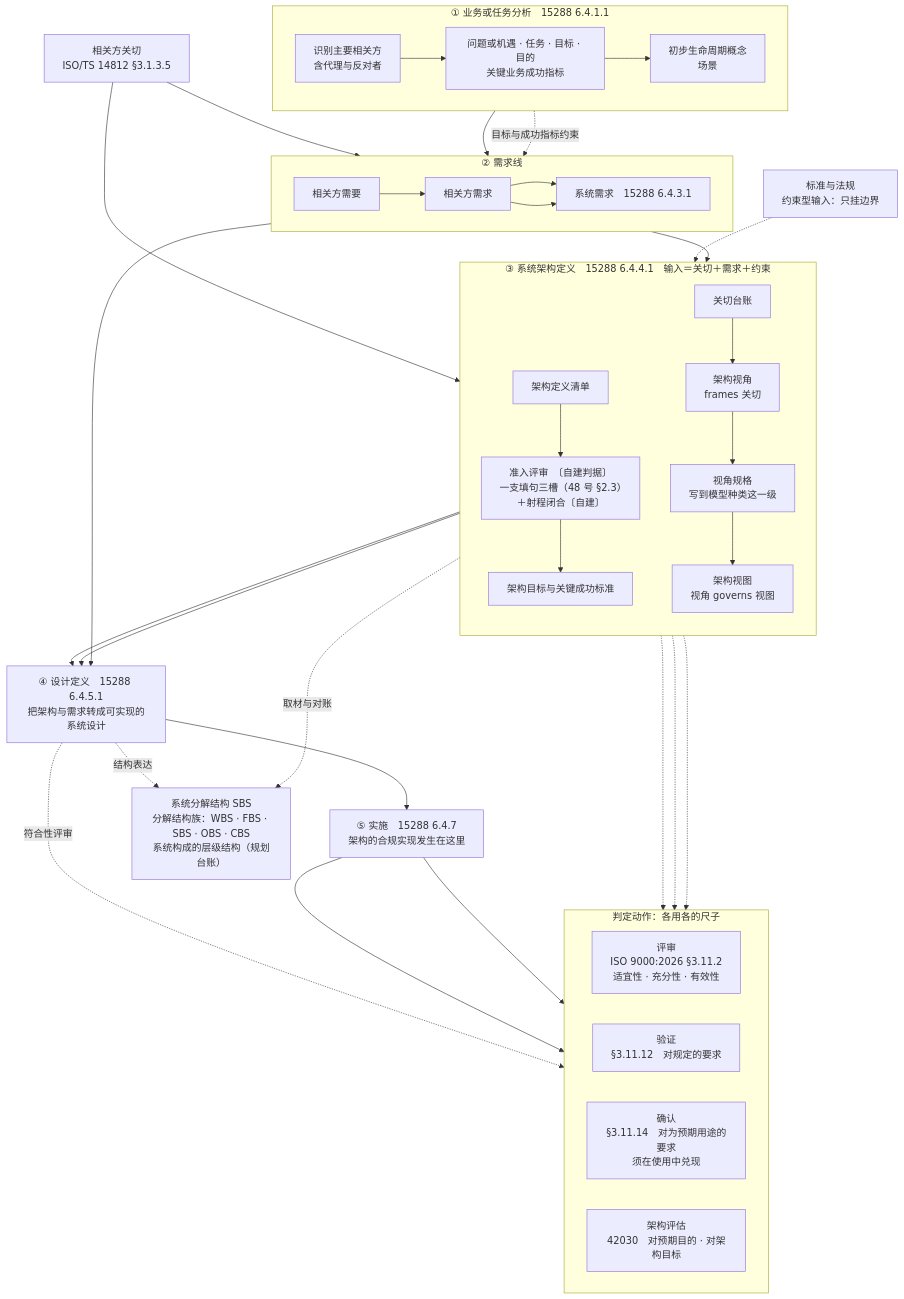
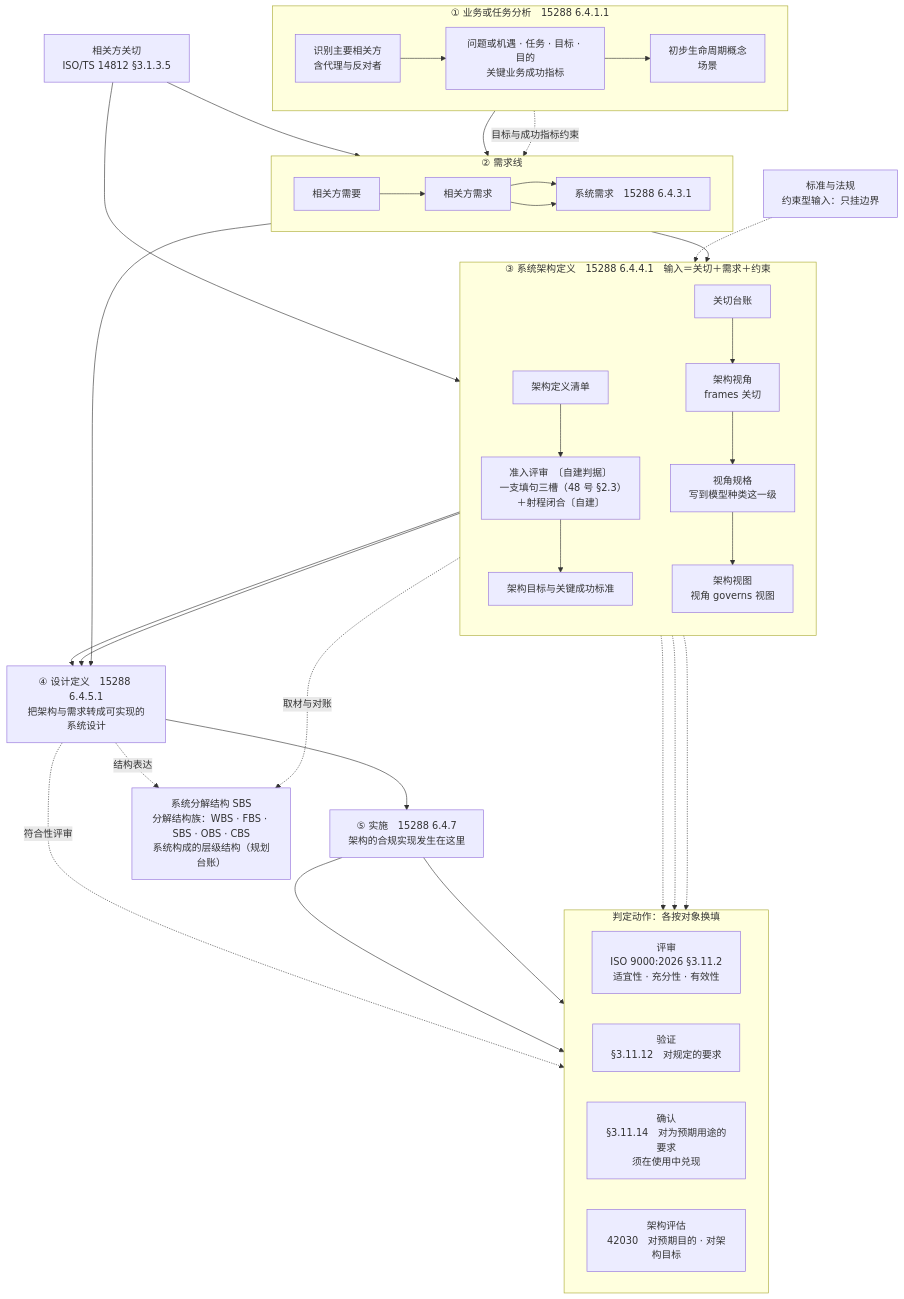
One commit to Yongjunzhou/business-Engineering changed the second of 2 diagrams in 10-系统工程研究/00-系统工程相关研究报告/34-架构与设计过程模型研究报告-从术语定义到双线过程.md. Above: the diagram before and after it, drawn with Mermaid. The commit also changed other lines of this file and 12 other files, not shown here.

````diff
--- a/10-系统工程研究/00-系统工程相关研究报告/34-架构与设计过程模型研究报告-从术语定义到双线过程.md
+++ b/10-系统工程研究/00-系统工程相关研究报告/34-架构与设计过程模型研究报告-从术语定义到双线过程.md
@@ -404,67 +405,67 @@
 ```mermaid
 flowchart TD
   EXT["标准与法规<br/>约束型输入：只挂边界"]
   CON["相关方关切<br/>ISO/TS 14812 §3.1.3.5"]
 
   subgraph BMA["① 业务或任务分析　15288 6.4.1.1"]
     direction LR
     B1["识别主要相关方<br/>含代理与反对者"]
     B2["问题或机遇 · 任务 · 目标 · 目的<br/>关键业务成功指标"]
     B3["初步生命周期概念<br/>场景"]
     B1 --> B2 --> B3
   end
 
   subgraph REQ["② 需求线"]
     direction LR
     Q1["相关方需要"]
     Q2["相关方需求"]
     Q3["系统需求　15288 6.4.3.1"]
     Q1 --> Q2 --> Q3
   end
 
   subgraph ARC["③ 系统架构定义　15288 6.4.4.1　输入＝关切＋需求＋约束"]
     direction TB
     C1["架构定义清单"]
     C2["准入评审　〔自建判据〕<br/>一支填句三槽（48 号 §2.3）＋射程闭合〔自建〕"]
     C3["关切台账"]
     C4["架构视角<br/>frames 关切"]
     C5["视角规格<br/>写到模型种类这一级"]
     C6["架构视图<br/>视角 governs 视图"]
     C7["架构目标与关键成功标准"]
     C1 --> C2 --> C7
     C3 --> C4 --> C5 --> C6
   end
 
   DES["④ 设计定义　15288 6.4.5.1<br/>把架构与需求转成可实现的系统设计"]
   IMP["⑤ 实施　15288 6.4.7<br/>架构的合规实现发生在这里"]
   PBS["系统分解结构 SBS<br/>分解结构族：WBS · FBS · SBS · OBS · CBS<br/>系统构成的层级结构（规划台账）"]
 
   B3 --> Q1
   B2 -. 目标与成功指标约束 .-> Q2
   CON --> Q2
   CON --> C3
   Q2 --> Q3
   Q3 --> C1
   Q3 --> DES
   C1 --> DES
   C6 --> DES
   DES --> IMP
 
-  subgraph JDG["判定动作：各用各的尺子"]
+  subgraph JDG["判定动作：各按对象换填"]
     direction LR
     J1["评审<br/>ISO 9000:2026 §3.11.2<br/>适宜性 · 充分性 · 有效性"]
     J2["验证<br/>§3.11.12　对规定的要求"]
     J3["确认<br/>§3.11.14　对为预期用途的要求<br/>须在使用中兑现"]
     J4["架构评估<br/>42030　对预期目的 · 对架构目标"]
   end
 
   C2 -.-> J1
   C6 -.-> J1
   DES -. 符合性评审 .-> J1
   ARC -.-> J4
   IMP --> J2
   IMP --> J3
   C6 -. 取材与对账 .-> PBS
   DES -. 结构表达 .-> PBS
   EXT -.-> ARC
 ```
````
